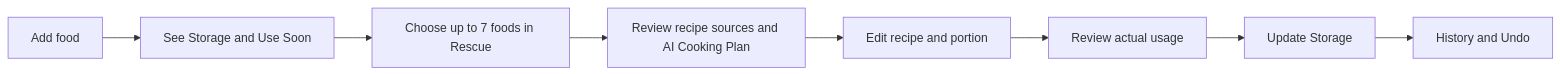
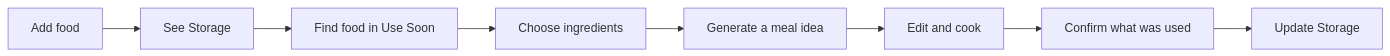
Before and after one commit to jyfmidi/FridgePal: the first of 2 diagrams in README.md, drawn with Mermaid. The commit also changed other lines of this file and 1 other file, not shown here.

````diff
--- a/README.md
+++ b/README.md
@@ -11,10 +28,10 @@
 ```mermaid
 flowchart LR
-    A["Add food"] --> B["See Storage and Use Soon"]
-    B --> C["Choose up to 7 foods in Rescue"]
-    C --> D["Review recipe sources and AI Cooking Plan"]
-    D --> E["Edit recipe and portion"]
-    E --> F["Review actual usage"]
-    F --> G["Update Storage"]
-    G --> H["History and Undo"]
+    A["Add food"] --> B["See Storage"]
+    B --> C["Find food in Use Soon"]
+    C --> D["Choose ingredients"]
+    D --> E["Generate a meal idea"]
+    E --> F["Edit and cook"]
+    F --> G["Confirm what was used"]
+    G --> H["Update Storage"]
 ```
````
